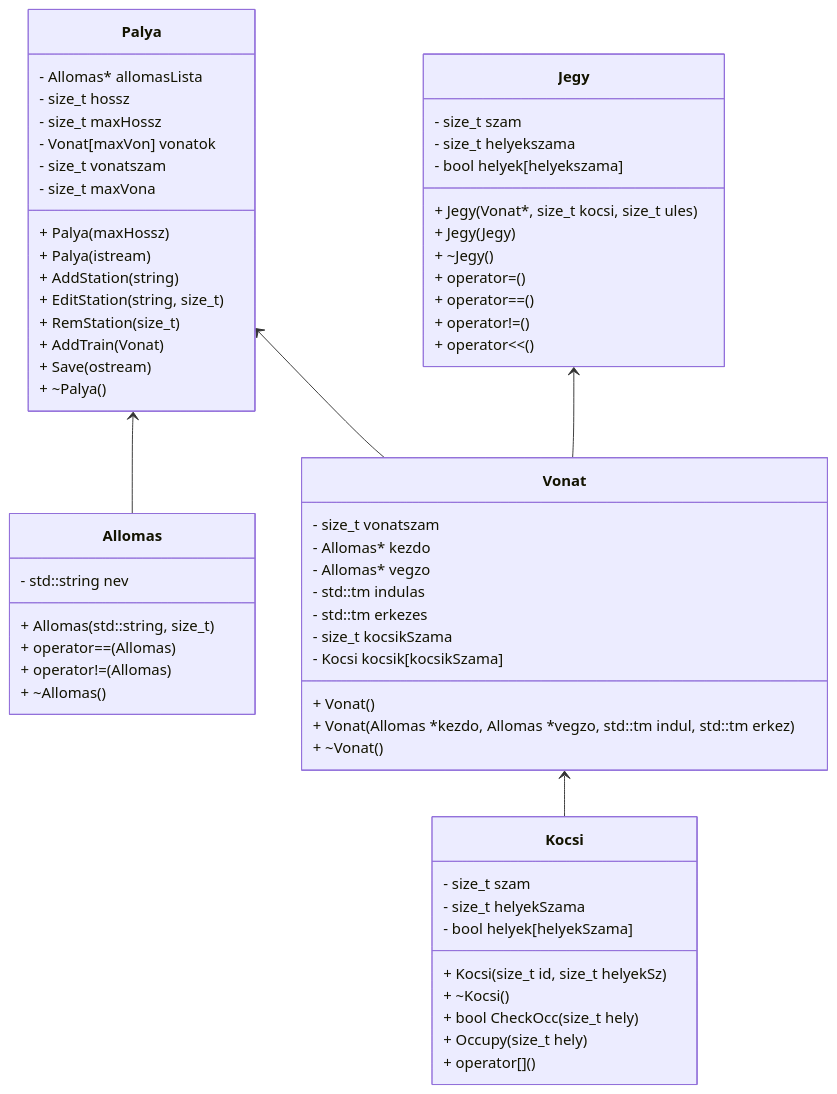
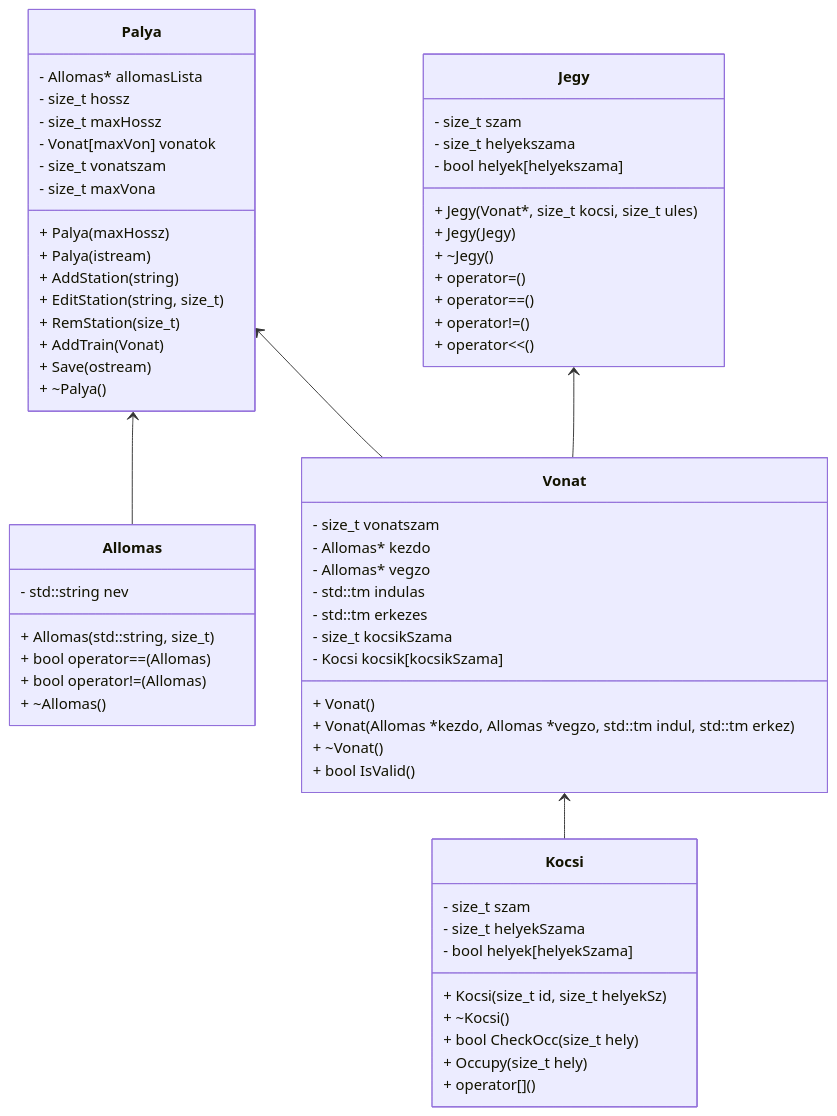
One commit to FlyinPancake/p2NHF changed the diagram in README.md. Above: the diagram before and after it, drawn with Mermaid. The commit also changed 2 other files, not shown here.

Commit message:
Vonat osztaly megvalositva

````diff
--- a/README.md
+++ b/README.md
@@ -20,82 +20,83 @@
 ```mermaid
 classDiagram
 
 class Palya {
     - Allomas* allomasLista
     - size_t hossz
     - size_t maxHossz
     - Vonat[maxVon] vonatok
     - size_t vonatszam
     - size_t maxVona
     + Palya(maxHossz)
     + Palya(istream)
     + AddStation(string)
     + EditStation(string, size_t)
     + RemStation(size_t)
     + AddTrain(Vonat)
     + Save(ostream)
     + ~Palya()
 }
 
 Palya <-- Allomas
 
 class Allomas {
 	- std::string nev
 
     + Allomas(std::string, size_t)
-    + operator==(Allomas)
-    + operator!=(Allomas)
+    + bool operator==(Allomas)
+    + bool operator!=(Allomas)
     + ~Allomas()
 }
 
 Palya <-- Vonat
 
 class Vonat {
 	- size_t vonatszam
 	- Allomas* kezdo
 	- Allomas* vegzo
 	- std::tm indulas
 	- std::tm erkezes
 
 	- size_t kocsikSzama
 	- Kocsi kocsik[kocsikSzama]
 
 	+ Vonat()
 	+ Vonat(Allomas *kezdo, Allomas *vegzo, std::tm indul, std::tm erkez)
 	+ ~Vonat()
+	+ bool IsValid()
 }
 
 
 Vonat <-- Kocsi
 
 class Kocsi {
 	- size_t szam
 	- size_t helyekSzama
 	- bool helyek[helyekSzama]
 
 	+ Kocsi(size_t id, size_t helyekSz)
 	+ ~Kocsi()
 	+ bool CheckOcc(size_t hely)
 	+ Occupy(size_t hely)
 	+ operator[]()
 }
 
 
 Jegy <-- Vonat
 
 class Jegy {
 	- size_t szam
 	- size_t helyekszama
 	- bool helyek[helyekszama]
 
 	+ Jegy(Vonat*, size_t kocsi, size_t ules)
 	+ Jegy(Jegy)
 	+ ~Jegy()
 	+ operator=()
 	+ operator==()
 	+ operator!=()
 	+ operator<<()
 }
 
 
 ```
````
